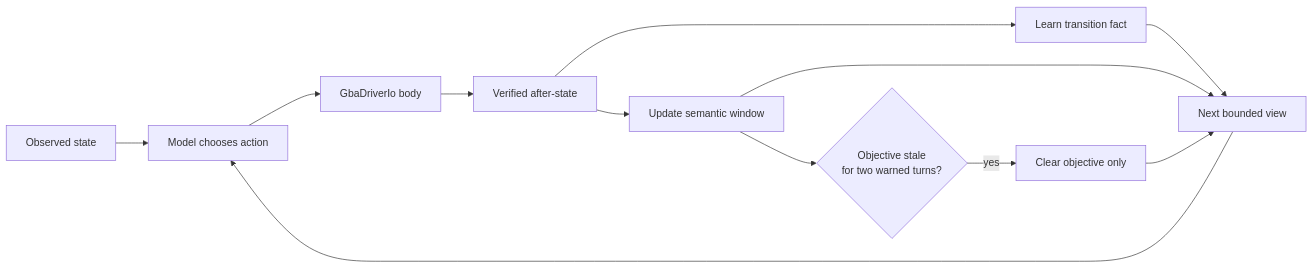
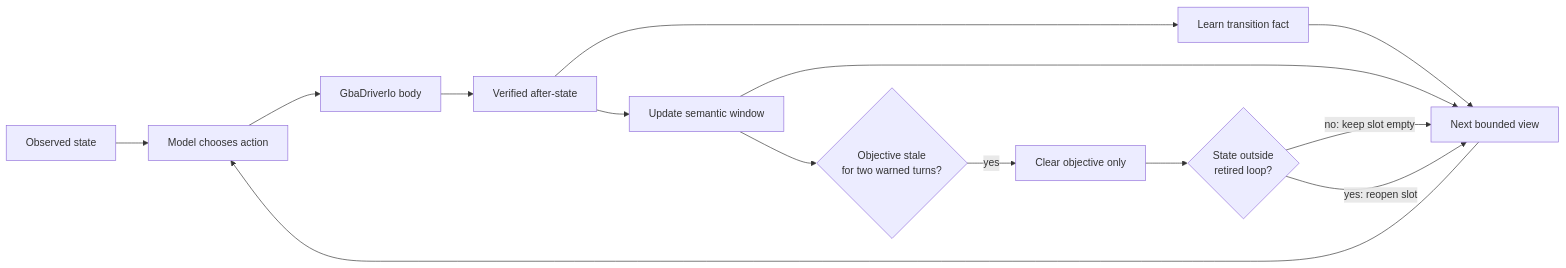
One commit to Volpestyle/clankie changed the diagram in docs/adr/0116-learned-transitions-and-stale-objectives-are-bounded-facts.md. Above: the diagram before and after it, drawn with Mermaid. The commit also changed other lines of this file and 13 other files, not shown here.

````diff
--- a/docs/adr/0116-learned-transitions-and-stale-objectives-are-bounded-facts.md
+++ b/docs/adr/0116-learned-transitions-and-stale-objectives-are-bounded-facts.md
@@ -38,14 +42,16 @@
 ```mermaid
 flowchart LR
   O[Observed state] --> M[Model chooses action]
   M --> B[GbaDriverIo body]
   B --> A[Verified after-state]
   A --> T[Learn transition fact]
   A --> R[Update semantic window]
   T --> V[Next bounded view]
   R --> V
   V --> M
   R --> S{Objective stale\nfor two warned turns?}
   S -->|yes| C[Clear objective only]
-  C --> V
+  C --> L{State outside\nretired loop?}
+  L -->|no: keep slot empty| V
+  L -->|yes: reopen slot| V
 ```
````
